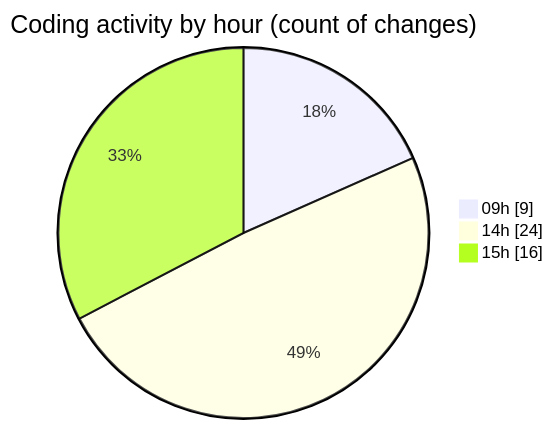
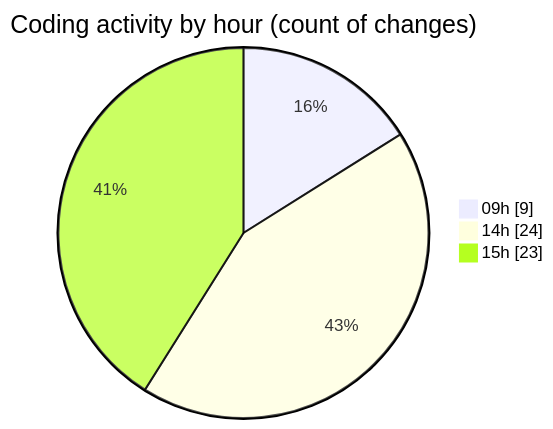
One commit to julien-gomy/code-tracking changed the second of 2 diagrams in 2025-11-25/eventscop-frontend-guide__workspace_/README.md. Above: the diagram before and after it, drawn with Mermaid. The commit also changed other lines of this file and 1 other file, not shown here.

````diff
--- a/2025-11-25/eventscop-frontend-guide__workspace_/README.md
+++ b/2025-11-25/eventscop-frontend-guide__workspace_/README.md
@@ -44,7 +44,7 @@
 ```mermaid
 pie showData
 title Coding activity by hour (count of changes)
 "09h" : 9
 "14h" : 24
-"15h" : 16
+"15h" : 23
 ```
````
